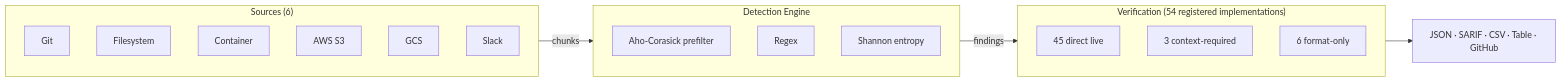
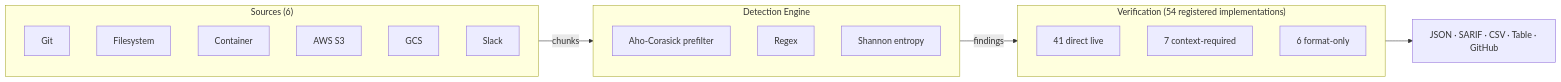
One commit to cemililik/Leakwatch changed the diagram in README.md. Above: the diagram before and after it, drawn with Mermaid. The commit also changed other lines of this file and 43 other files, not shown here.

````diff
--- a/README.md
+++ b/README.md
@@ -285,24 +285,24 @@
 ```mermaid
 flowchart LR
     subgraph Sources["Sources (6)"]
         S1["Git"]
         S2["Filesystem"]
         S3["Container"]
         S4["AWS S3"]
         S5["GCS"]
         S6["Slack"]
     end
     subgraph Engine["Detection Engine"]
         E1["Aho-Corasick prefilter"]
         E2["Regex"]
         E3["Shannon entropy"]
     end
     subgraph Verify["Verification (54 registered implementations)"]
-        V1["45 direct live"]
-        V2["3 context-required"]
+        V1["41 direct live"]
+        V2["7 context-required"]
         V3["6 format-only"]
     end
     Sources -->|chunks| Engine
     Engine -->|findings| Verify
     Verify --> Output["JSON · SARIF · CSV · Table · GitHub"]
 ```
````
